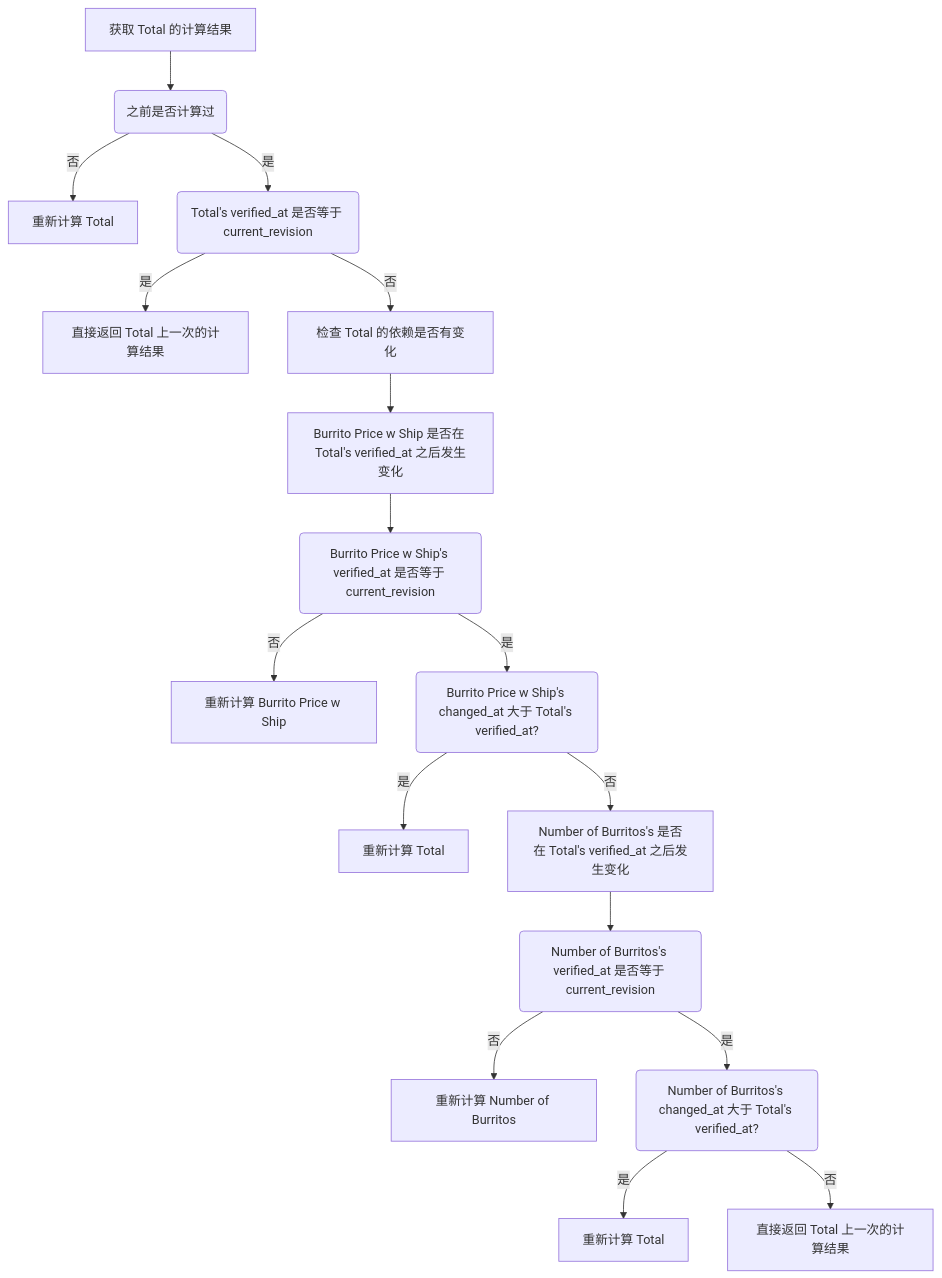
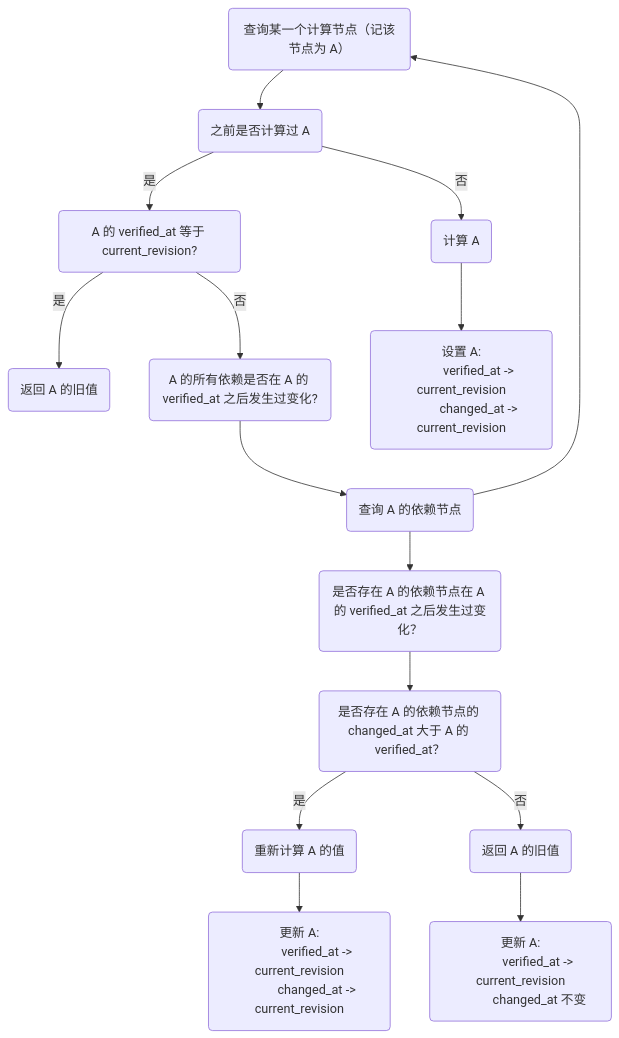
The sixth of 6 diagrams in drafts/salsa.md (xffxff/xffxff.github.io), drawn with Mermaid before and after one commit. The commit also changed other lines of this file, not shown here.

````diff
--- a/drafts/salsa.md
+++ b/drafts/salsa.md
@@ -273,26 +167,40 @@
 ```mermaid
-flowchart TD
-    A[获取 Total 的计算结果];
-    B("之前是否计算过");
-    A-->B;
-    B-->|否| C[重新计算 Total];
-    B-->|是| D("Total's verified_at 是否等于 current_revision");
-    D-->|是| E[直接返回 Total 上一次的计算结果];
-    D-->|否| F[检查 Total 的依赖是否有变化];
-    G["Burrito Price w Ship 是否在 Total's verified_at 之后发生变化"];
-    F-->G;
+graph TD
+    A("查询某一个计算节点（记该节点为 A）")
+    B("之前是否计算过 A")
+    A --> B
+    C("A 的 verified_at 等于 current_revision?")
+    B --> |是| C
+    C --> |是| D("返回 A 的旧值")
 
-    I("Burrito Price w Ship's verified_at 是否等于 current_revision");
-    G-->I;
-    I-->|否| K[重新计算 Burrito Price w Ship];
-    I-->|是| O(Burrito Price w Ship's changed_at 大于 Total's verified_at?)
-    O-->|是| P[重新计算 Total];
-    O-->|否| J;
-    J["Number of Burritos's 是否在 Total's verified_at 之后发生变化"];
-    L("Number of Burritos's verified_at 是否等于 current_revision");
-    J-->L;
-    L-->|否| N[重新计算 Number of Burritos];
-    L-->|是| M(Number of Burritos's changed_at 大于 Total's verified_at?)
-    M-->|是| Q[重新计算 Total];
-    M-->|否| R[直接返回 Total 上一次的计算结果];
+    B --> |否| N
+    N("计算 A")
+
+    O("设置 A:
+            verified_at -> current_revision
+            changed_at -> current_revision")
+    N --> O
+
+
+    F("A 的所有依赖是否在 A 的 verified_at 之后发生过变化?")
+    C --> |否| F
+    G("查询 A 的依赖节点")
+    G --> A
+    F --> G
+
+    H("是否存在 A 的依赖节点在 A 的 verified_at 之后发生过变化？")
+    G --> H
+    I("是否存在 A 的依赖节点的 changed_at 大于 A 的 verified_at？")
+    H --> I
+    I --> |是| J("重新计算 A 的值")
+    I --> |否| K("返回 A 的旧值")
+
+    K --> L("更新 A:
+            verified_at -> current_revision
+            changed_at 不变")
+
+    J --> M("更新 A:
+            verified_at -> current_revision
+            changed_at -> current_revision")
+
 ```
````
